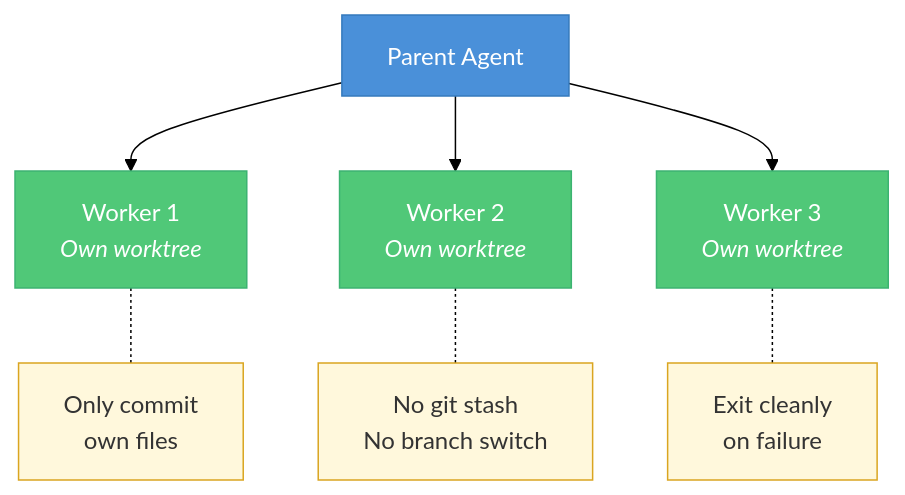
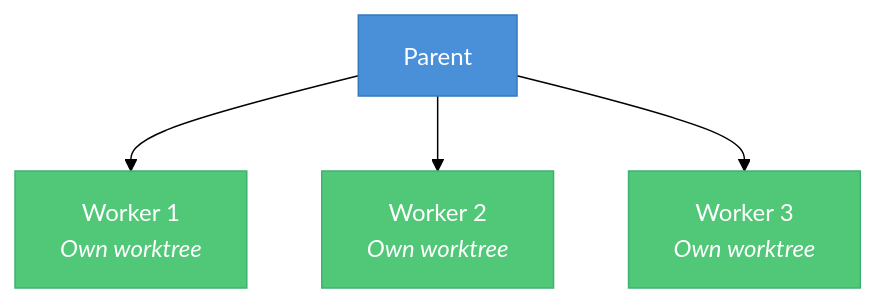
One commit to ao92265/claude-code-playbook changed the seventh of 10 diagrams in README.md. Above: the diagram before and after it, drawn with Mermaid (forest theme). The commit also changed other lines of this file and 16 other files, not shown here.

````diff
--- a/README.md
+++ b/README.md
@@ -394,18 +499,11 @@
 ```mermaid
 graph TB
-    PARENT["Parent Agent"] --> W1["Worker 1<br/><em>Own worktree</em>"]
-    PARENT --> W2["Worker 2<br/><em>Own worktree</em>"]
-    PARENT --> W3["Worker 3<br/><em>Own worktree</em>"]
+    P["Parent"] --> W1["Worker 1<br/><em>Own worktree</em>"]
+    P --> W2["Worker 2<br/><em>Own worktree</em>"]
+    P --> W3["Worker 3<br/><em>Own worktree</em>"]
 
-    W1 -.- R1["Only commit<br/>own files"]
-    W2 -.- R2["No git stash<br/>No branch switch"]
-    W3 -.- R3["Exit cleanly<br/>on failure"]
-
-    style PARENT fill:#4A90D9,stroke:#357ABD,color:#fff
+    style P fill:#4A90D9,stroke:#357ABD,color:#fff
     style W1 fill:#50C878,stroke:#3CB371,color:#fff
     style W2 fill:#50C878,stroke:#3CB371,color:#fff
     style W3 fill:#50C878,stroke:#3CB371,color:#fff
-    style R1 fill:#FFF8DC,stroke:#DAA520,color:#333
-    style R2 fill:#FFF8DC,stroke:#DAA520,color:#333
-    style R3 fill:#FFF8DC,stroke:#DAA520,color:#333
 ```
````
